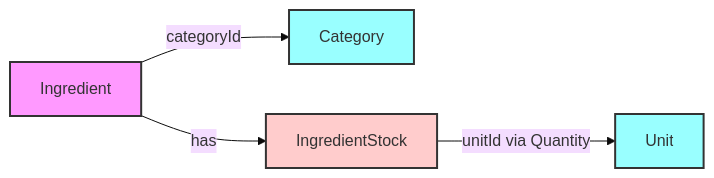
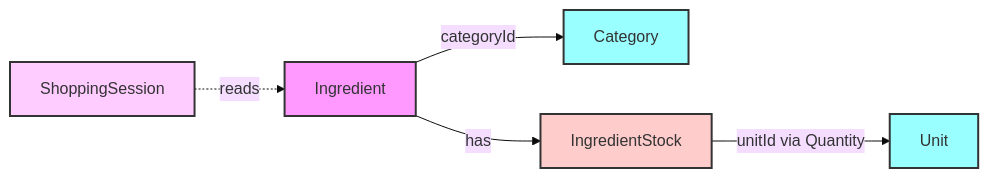
One commit to komei0727/all_in_one changed the third of 3 diagrams in docs/domain/contexts/ingredient-management/aggregates.md. Above: the diagram before and after it, drawn with Mermaid (base theme). The commit also changed other lines of this file and 28 other files, not shown here.

````diff
--- a/docs/domain/contexts/ingredient-management/aggregates.md
+++ b/docs/domain/contexts/ingredient-management/aggregates.md
@@ -115,11 +170,13 @@
 ```mermaid
 graph LR
     Ingredient -->|categoryId| Category
     IngredientStock -->|unitId via Quantity| Unit
     Ingredient -->|has| IngredientStock
+    ShoppingSession -.->|reads| Ingredient
 
     style Ingredient fill:#f9f,stroke:#333,stroke-width:2px
     style IngredientStock fill:#fcc,stroke:#333,stroke-width:2px
     style Category fill:#9ff,stroke:#333,stroke-width:2px
     style Unit fill:#9ff,stroke:#333,stroke-width:2px
+    style ShoppingSession fill:#fcf,stroke:#333,stroke-width:2px
 ```
````
